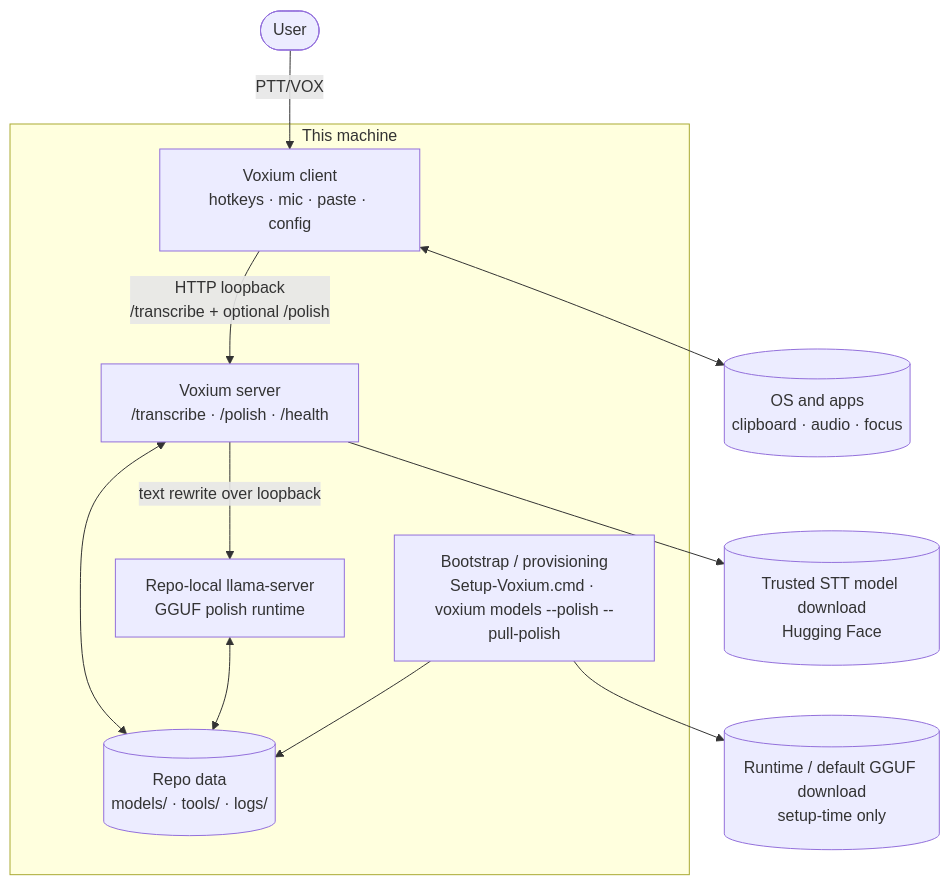
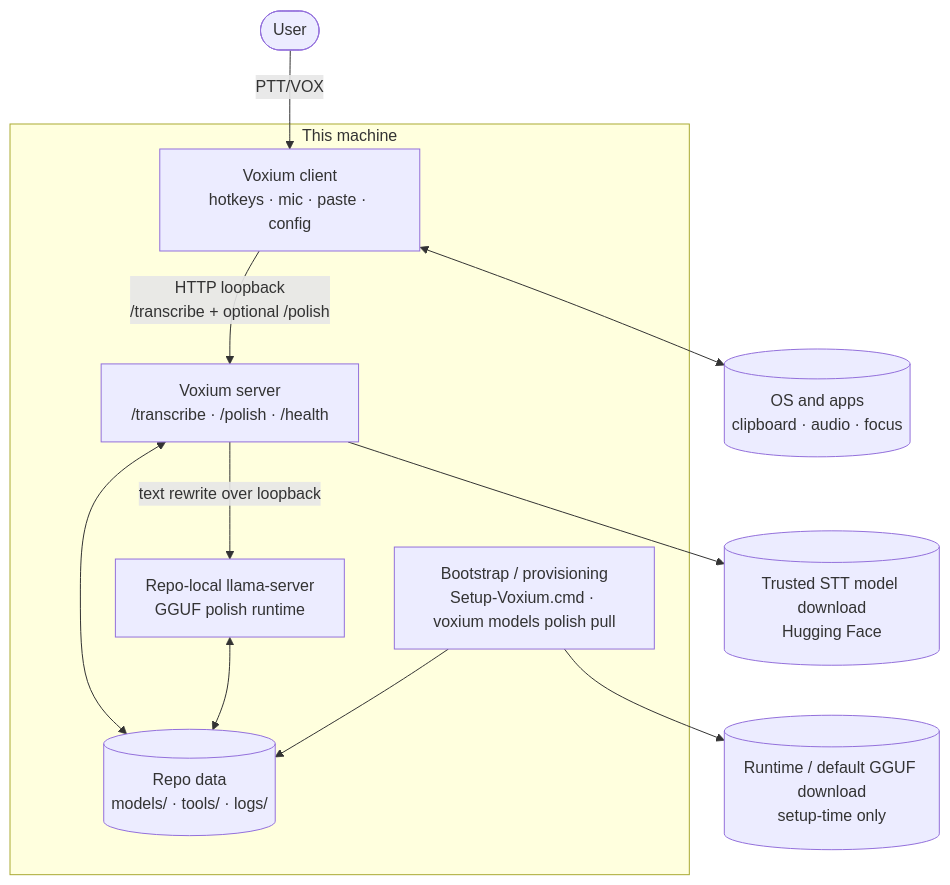
One commit to chris-piekarski/voxium-ptt changed the first of 7 diagrams in docs/architecture.md. Above: the diagram before and after it, drawn with Mermaid. The commit also changed other lines of this file and 27 other files, not shown here.

````diff
--- a/docs/architecture.md
+++ b/docs/architecture.md
@@ -11,24 +11,24 @@
 ```mermaid
 flowchart TB
   user([User])
   subgraph machine["This machine"]
     voxium[Voxium client\nhotkeys · mic · paste · config]
     worker[Voxium server\n/transcribe · /polish · /health]
     polishrt[Repo-local llama-server\nGGUF polish runtime]
     repodata[(Repo data\nmodels/ · tools/ · logs/)]
-    setup[Bootstrap / provisioning\nSetup-Voxium.cmd · voxium models --polish --pull-polish]
+    setup[Bootstrap / provisioning\nSetup-Voxium.cmd · voxium models polish pull]
   end
   os[(OS and apps\nclipboard · audio · focus)]
   stt[(Trusted STT model download\nHugging Face)]
   polishdl[(Runtime / default GGUF download\nsetup-time only)]
 
   user -->|PTT/VOX| voxium
   voxium -->|HTTP loopback\n/transcribe + optional /polish| worker
   worker -->|text rewrite over loopback| polishrt
   voxium <--> os
   worker <--> repodata
   polishrt <--> repodata
   setup --> repodata
   worker --> stt
   setup --> polishdl
 ```
````
